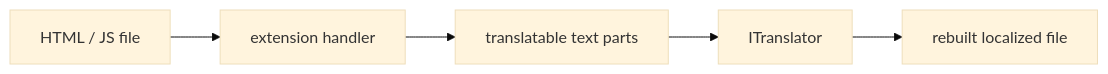
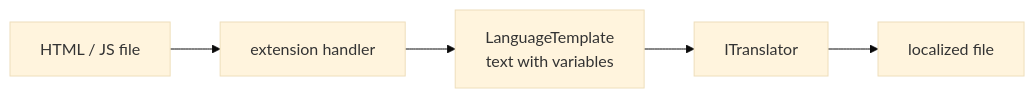
The diagram in SysWeaver.FileTranslation/README.md (dosh1974/SysWeaver), drawn with Mermaid (base theme) before and after one commit. The commit also changed other lines of this file and 532 other files, not shown here.

````diff
--- a/SysWeaver.FileTranslation/README.md
+++ b/SysWeaver.FileTranslation/README.md
@@ -18,7 +18,7 @@
 ```mermaid
 flowchart LR
   File["HTML / JS file"] --> Ext["extension handler"]
-  Ext --> Parts["translatable text parts"]
-  Parts --> Tr["ITranslator"]
-  Tr --> Rebuild["rebuilt localized file"]
+  Ext --> Tpl["LanguageTemplate<br/>text with variables"]
+  Tpl --> Tr["ITranslator"]
+  Tr --> Out["localized file"]
 ```
````
